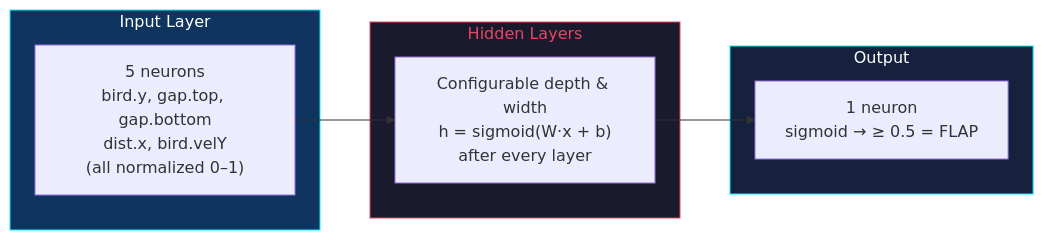
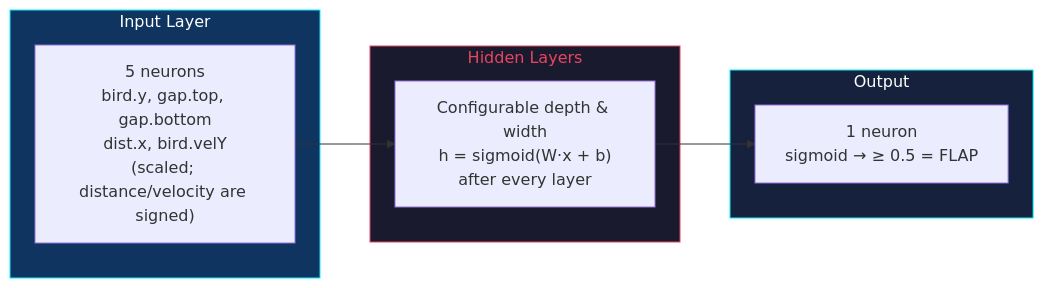
The second of 2 diagrams in README.md (khuongngoduc0310/Flappy-Bird-with-Neural-Network), drawn with Mermaid before and after one commit. The commit also changed other lines of this file and 12 other files, not shown here.

````diff
--- a/README.md
+++ b/README.md
@@ -29,18 +29,18 @@
 ```mermaid
 graph LR
     subgraph Input["Input Layer"]
-        I["5 neurons\nbird.y, gap.top, gap.bottom\ndist.x, bird.velY\n(all normalized 0–1)"]
+        I["5 neurons\nbird.y, gap.top, gap.bottom\ndist.x, bird.velY\n(scaled; distance/velocity are signed)"]
     end
     subgraph Hidden["Hidden Layers"]
         H["Configurable depth & width\nh = sigmoid(W·x + b)\nafter every layer"]
     end
     subgraph Output["Output"]
         O["1 neuron\nsigmoid → ≥ 0.5 = FLAP"]
     end
 
     I --> H --> O
 
     style Input fill:#0f3460,stroke:#00f3ff,color:#fff
     style Hidden fill:#1a1a2e,stroke:#e94560,color:#e94560
     style Output fill:#16213e,stroke:#00f3ff,color:#fff
 ```
````
